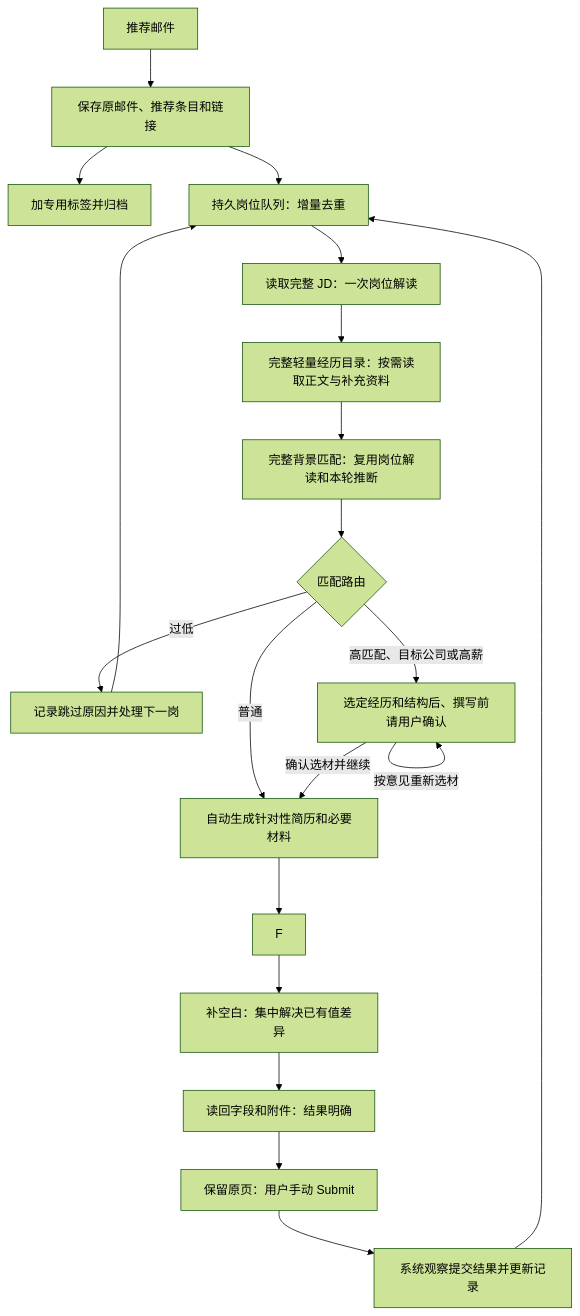
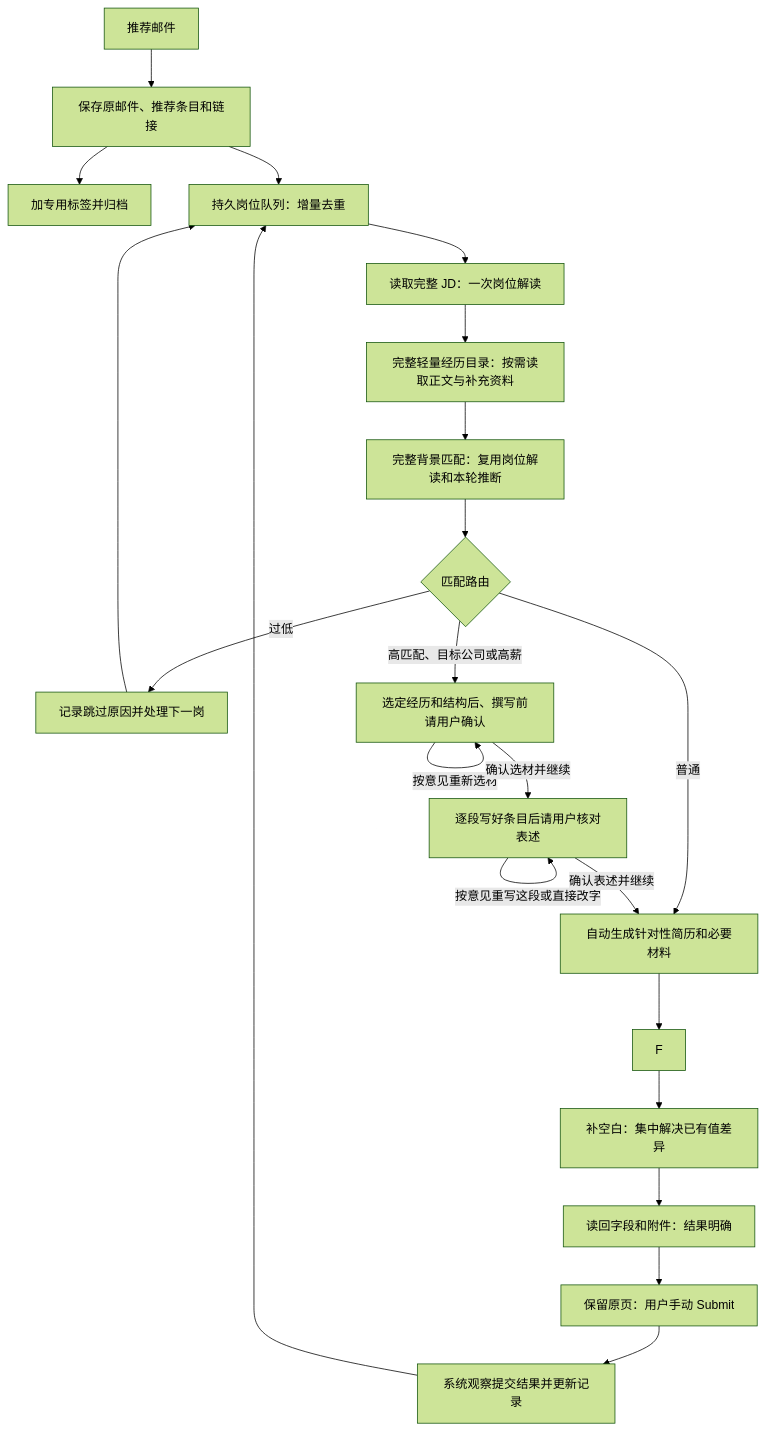
One commit to DengZhiyuan-math/TomorrowStar-OS changed the diagram in docs/single-job-flow.md. Above: the diagram before and after it, drawn with Mermaid (forest theme). The commit also changed other lines of this file and 14 other files, not shown here.

````diff
--- a/docs/single-job-flow.md
+++ b/docs/single-job-flow.md
@@ -28,22 +28,24 @@
 ```mermaid
 flowchart TD
     E[推荐邮件] --> I[保存原邮件、推荐条目和链接]
     I --> A[加专用标签并归档]
     I --> Q[持久岗位队列：增量去重]
     Q --> J[读取完整 JD：一次岗位解读]
     J --> D[完整轻量经历目录：按需读取正文与补充资料]
     D --> B[完整背景匹配：复用岗位解读和本轮推断]
     B --> R{匹配路由}
     R -->|过低| K[记录跳过原因并处理下一岗]
     R -->|普通| M[自动生成针对性简历和必要材料]
     R -->|高匹配、目标公司或高薪| H[选定经历和结构后、撰写前请用户确认]
     H -->|按意见重新选材| H
-    H -->|确认选材并继续| M
+    H -->|确认选材并继续| W[逐段写好条目后请用户核对表述]
+    W -->|按意见重写这段或直接改字| W
+    W -->|确认表述并继续| M
     M --> F
     F --> V[补空白：集中解决已有值差异]
     V --> X[读回字段和附件：结果明确]
     X --> S[保留原页：用户手动 Submit]
     S --> O[系统观察提交结果并更新记录]
     O --> Q
     K --> Q
 ```
````
